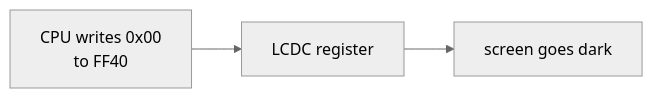
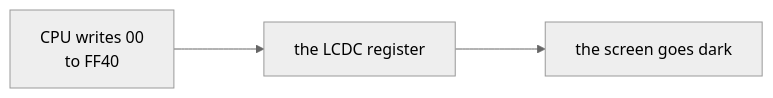
The third of 16 diagrams in docs/architecture.md (dudustri/rustboy-color), drawn with Mermaid (neutral theme) before and after one commit. The commit also changed other lines of this file and 17 other files, not shown here.

Commit message:
docs: add modules and cpu operation of SM83 docs and specify register functionalities in the code

````diff
--- a/docs/architecture.md
+++ b/docs/architecture.md
@@ -72,4 +76,5 @@
 ```mermaid
+%%{init: {"flowchart": {"nodeSpacing": 55, "rankSpacing": 90}}}%%
 flowchart LR
-    W["CPU writes 0x00<br/>to FF40"] --> R["LCDC register"] --> E["screen goes dark"]
+    W["CPU writes 00<br/>to FF40"] --> R["the LCDC register"] --> E["the screen goes dark"]
 ```
````
